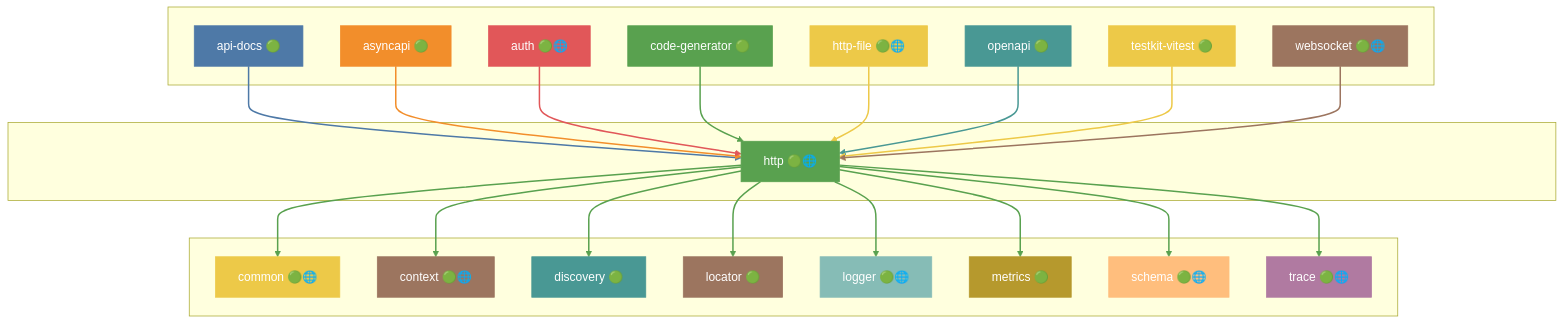
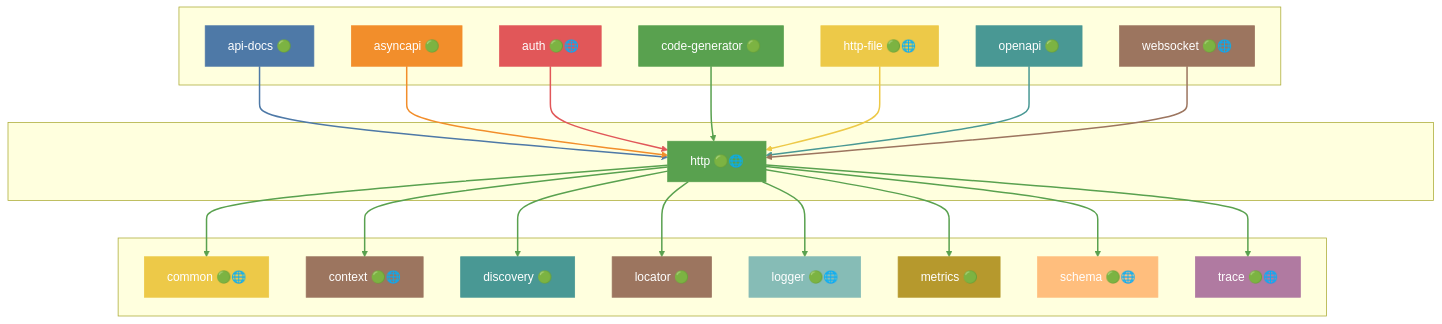
Diagram 24 of 46 in docs/DEPENDENCIES.md (grest-ts/grest-ts), drawn with Mermaid before and after one commit. The commit also changed other lines of this file and 2 other files, not shown here.

````diff
--- a/docs/DEPENDENCIES.md
+++ b/docs/DEPENDENCIES.md
@@ -1213,75 +1175,71 @@
 ```mermaid
 flowchart TB
     subgraph Dependents[" "]
         api-docs["api-docs 🟢"]
         asyncapi["asyncapi 🟢"]
         auth["auth 🟢🌐"]
         code-generator["code-generator 🟢"]
         http-file["http-file 🟢🌐"]
         openapi["openapi 🟢"]
-        testkit-vitest["testkit-vitest 🟢"]
         websocket["websocket 🟢🌐"]
     end
     subgraph Package[" "]
         http["http 🟢🌐"]
     end
     subgraph Dependencies[" "]
         common["common 🟢🌐"]
         context["context 🟢🌐"]
         discovery["discovery 🟢"]
         locator["locator 🟢"]
         logger["logger 🟢🌐"]
         metrics["metrics 🟢"]
         schema["schema 🟢🌐"]
         trace["trace 🟢🌐"]
     end
     api-docs --> http
     asyncapi --> http
     auth --> http
     code-generator --> http
     http-file --> http
     openapi --> http
-    testkit-vitest --> http
     websocket --> http
     http --> common
     http --> context
     http --> discovery
     http --> locator
     http --> logger
     http --> metrics
     http --> schema
     http --> trace
     style http fill:#59A14F,stroke:#59A14F,color:#fff
     style api-docs fill:#4E79A7,stroke:#4E79A7,color:#fff
     style asyncapi fill:#F28E2B,stroke:#F28E2B,color:#fff
     style auth fill:#E15759,stroke:#E15759,color:#fff
     style code-generator fill:#59A14F,stroke:#59A14F,color:#fff
     style http-file fill:#EDC948,stroke:#EDC948,color:#fff
     style openapi fill:#499894,stroke:#499894,color:#fff
-    style testkit-vitest fill:#EDC948,stroke:#EDC948,color:#fff
     style websocket fill:#9C755F,stroke:#9C755F,color:#fff
     style common fill:#EDC948,stroke:#EDC948,color:#fff
     style context fill:#9C755F,stroke:#9C755F,color:#fff
     style discovery fill:#499894,stroke:#499894,color:#fff
     style locator fill:#9C755F,stroke:#9C755F,color:#fff
     style logger fill:#86BCB6,stroke:#86BCB6,color:#fff
     style metrics fill:#B6992D,stroke:#B6992D,color:#fff
     style schema fill:#FFBE7D,stroke:#FFBE7D,color:#fff
     style trace fill:#B07AA1,stroke:#B07AA1,color:#fff
     linkStyle 0 stroke:#4E79A7,stroke-width:2px
     linkStyle 1 stroke:#F28E2B,stroke-width:2px
     linkStyle 2 stroke:#E15759,stroke-width:2px
     linkStyle 3 stroke:#59A14F,stroke-width:2px
     linkStyle 4 stroke:#EDC948,stroke-width:2px
     linkStyle 5 stroke:#499894,stroke-width:2px
-    linkStyle 6 stroke:#EDC948,stroke-width:2px
-    linkStyle 7 stroke:#9C755F,stroke-width:2px
+    linkStyle 6 stroke:#9C755F,stroke-width:2px
+    linkStyle 7 stroke:#59A14F,stroke-width:2px
     linkStyle 8 stroke:#59A14F,stroke-width:2px
     linkStyle 9 stroke:#59A14F,stroke-width:2px
     linkStyle 10 stroke:#59A14F,stroke-width:2px
     linkStyle 11 stroke:#59A14F,stroke-width:2px
     linkStyle 12 stroke:#59A14F,stroke-width:2px
     linkStyle 13 stroke:#59A14F,stroke-width:2px
     linkStyle 14 stroke:#59A14F,stroke-width:2px
-    linkStyle 15 stroke:#59A14F,stroke-width:2px
 ```
````
